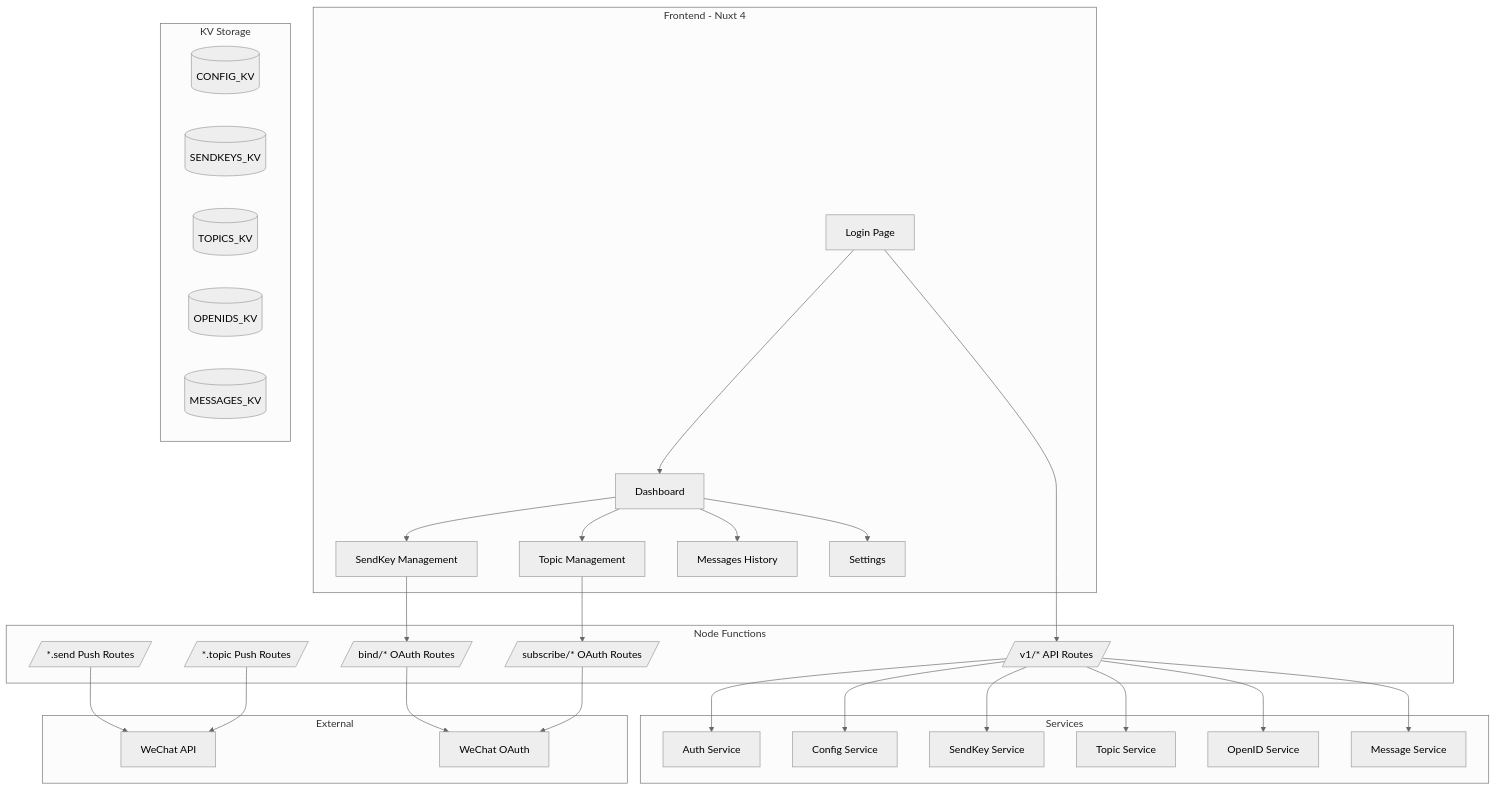
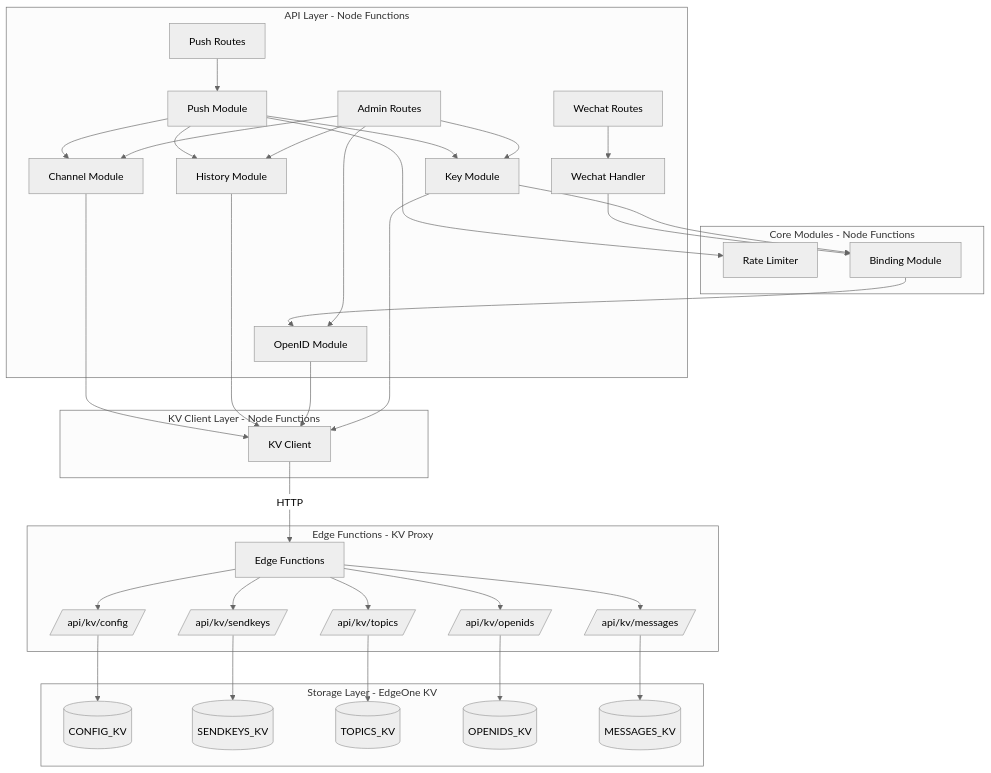
The first of 3 diagrams in README.md (xzxljt/edgeone-webhook-pusher), drawn with Mermaid (neutral theme) before and after one commit. The commit also changed other lines of this file and 5 other files, not shown here.

First line of the commit message:
docs: update architecture documentation and fix API integration issues

````diff
--- a/README.md
+++ b/README.md
@@ -19,54 +21,45 @@
 ```mermaid
 graph TB
-    subgraph "Frontend - Nuxt 4"
-        A[Login Page] --> B[Dashboard]
-        B --> C[SendKey Management]
-        B --> D[Topic Management]
-        B --> E[Messages History]
-        B --> F[Settings]
+    subgraph "API Layer - Node Functions"
+        A[Push Routes] --> P[Push Module]
+        B[Admin Routes] --> K[Key Module]
+        B --> C[Channel Module]
+        B --> H[History Module]
+        B --> O[OpenID Module]
+        W[Wechat Routes] --> WH[Wechat Handler]
     end
     
-    subgraph "Node Functions"
-        G[/v1/* API Routes/]
-        H[/bind/* OAuth Routes/]
-        I[/subscribe/* OAuth Routes/]
-        J[/*.send Push Routes/]
-        K[/*.topic Push Routes/]
+    subgraph "Core Modules - Node Functions"
+        P --> K
+        P --> C
+        P --> H
+        P --> R[Rate Limiter]
+        K --> BM[Binding Module]
+        BM --> O
+        WH --> BM
     end
     
-    subgraph "Services"
-        L[Auth Service]
-        M[Config Service]
-        N[SendKey Service]
-        O[Topic Service]
-        P[OpenID Service]
-        Q[Message Service]
+    subgraph "KV Client Layer - Node Functions"
+        K --> KVC[KV Client]
+        O --> KVC
+        H --> KVC
+        C --> KVC
     end
     
-    subgraph "KV Storage"
-        R[(CONFIG_KV)]
-        S[(SENDKEYS_KV)]
-        T[(TOPICS_KV)]
-        U[(OPENIDS_KV)]
-        V[(MESSAGES_KV)]
+    subgraph "Edge Functions - KV Proxy"
+        KVC -->|HTTP| EF[Edge Functions]
+        EF --> KV_CONFIG[/api/kv/config/]
+        EF --> KV_SENDKEYS[/api/kv/sendkeys/]
+        EF --> KV_TOPICS[/api/kv/topics/]
+        EF --> KV_OPENIDS[/api/kv/openids/]
+        EF --> KV_MESSAGES[/api/kv/messages/]
     end
     
-    subgraph "External"
-        W[WeChat API]
-        X[WeChat OAuth]
+    subgraph "Storage Layer - EdgeOne KV"
+        KV_CONFIG --> CONFIG_KV[(CONFIG_KV)]
+        KV_SENDKEYS --> SENDKEYS_KV[(SENDKEYS_KV)]
+        KV_TOPICS --> TOPICS_KV[(TOPICS_KV)]
+        KV_OPENIDS --> OPENIDS_KV[(OPENIDS_KV)]
+        KV_MESSAGES --> MESSAGES_KV[(MESSAGES_KV)]
     end
-    
-    A --> G
-    C --> H
-    D --> I
-    G --> L
-    G --> M
-    G --> N
-    G --> O
-    G --> P
-    G --> Q
-    H --> X
-    I --> X
-    J --> W
-    K --> W
 ```
````
